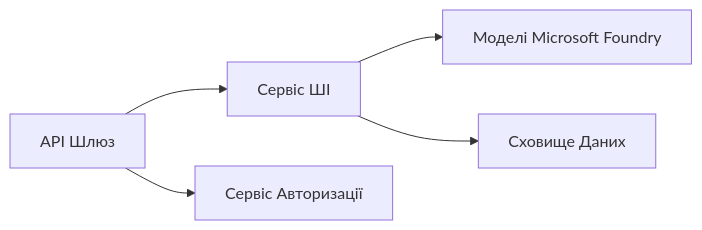
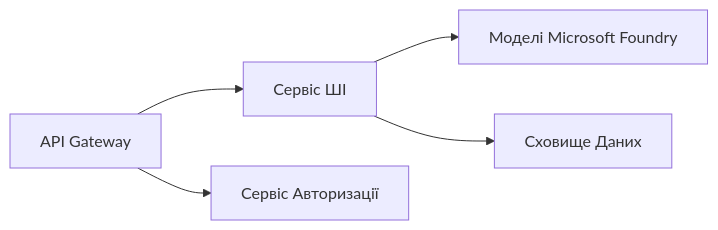
Before and after one commit to microsoft/AZD-for-beginners: the first of 2 diagrams in translations/uk/docs/chapter-08-production/README.md, drawn with Mermaid. The commit also changed other lines of this file and 101 other files, not shown here.

````diff
--- a/translations/uk/docs/chapter-08-production/README.md
+++ b/translations/uk/docs/chapter-08-production/README.md
@@ -46,6 +48,6 @@
 ```mermaid
 graph LR
-    Gateway[API Шлюз] --> AI[Сервіс ШІ] --> Models[Моделі Microsoft Foundry]
+    Gateway[API Gateway] --> AI[Сервіс ШІ] --> Models[Моделі Microsoft Foundry]
     Gateway --> Auth[Сервіс Авторизації]
     AI --> Data[Сховище Даних]
 ```
````
